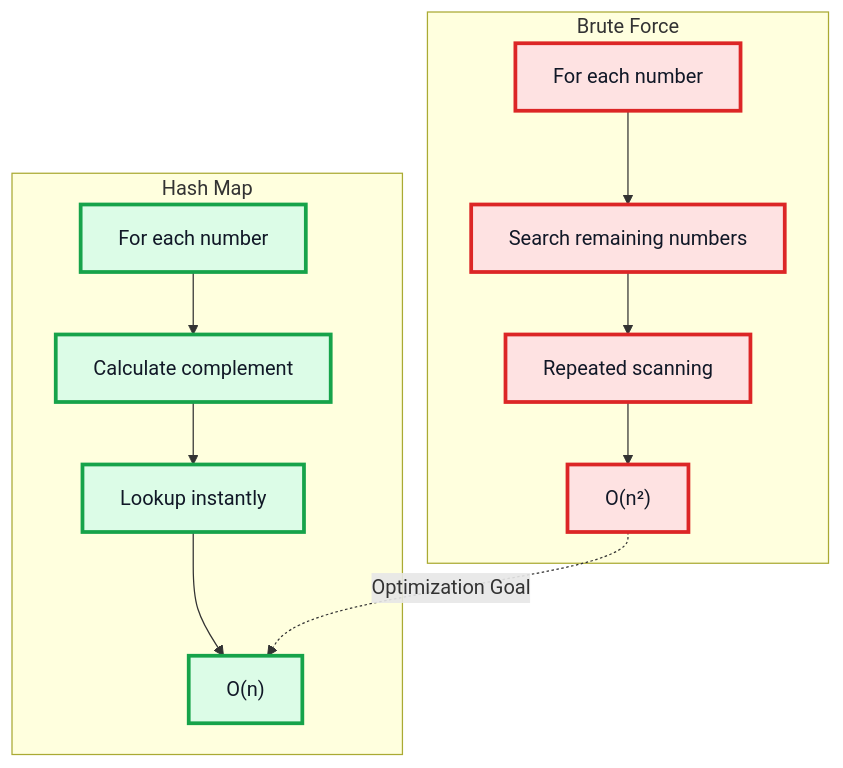
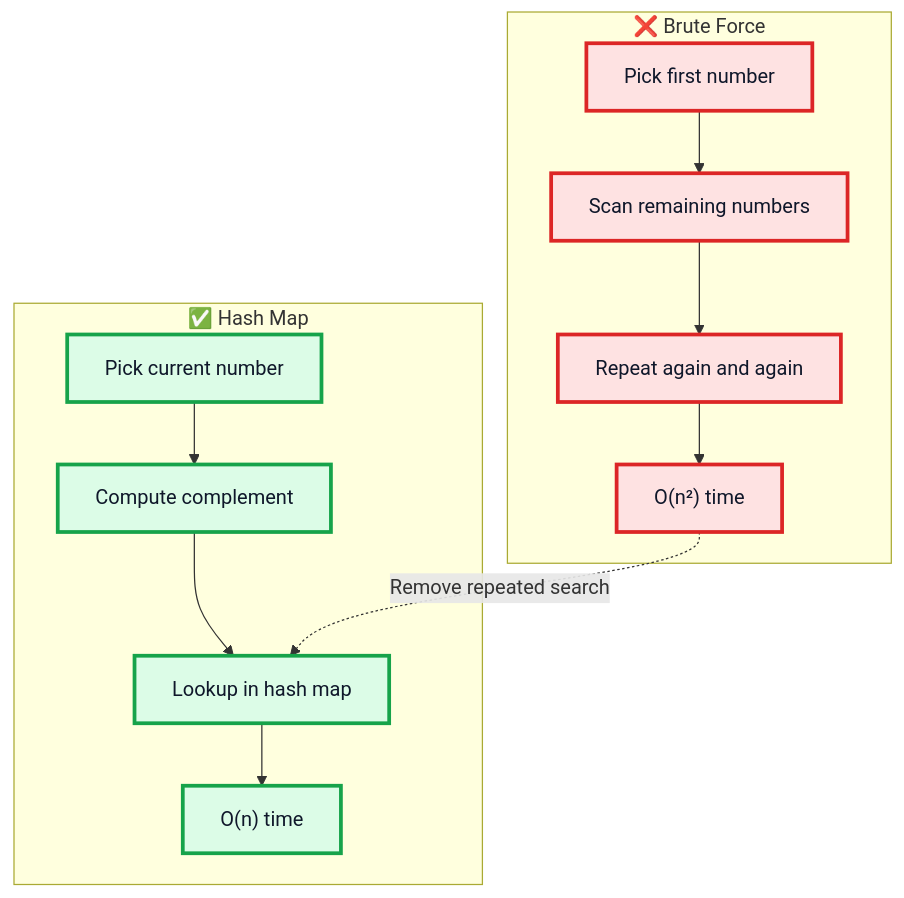
Before and after one commit to M-F-Tushar/LeetCode-Problem-Solving: the eighth of 9 diagrams in 01 - Two Sum/README.md, drawn with Mermaid. The commit also changed other lines of this file, not shown here.

````diff
--- a/01 - Two Sum/README.md
+++ b/01 - Two Sum/README.md
@@ -394,28 +422,27 @@
 ```mermaid
-flowchart TD
-    subgraph BruteForce["Brute Force"]
-        A["For each number"]
-        B["Search remaining numbers"]
-        C["Repeated scanning"]
-        D["O(n²)"]
+flowchart TB
+    subgraph Slow["❌ Brute Force"]
+        A1["Pick first number"]
+        A2["Scan remaining numbers"]
+        A3["Repeat again and again"]
+        A4["O(n²) time"]
     end
 
-    subgraph HashMap["Hash Map"]
-        E["For each number"]
-        F["Calculate complement"]
-        G["Lookup instantly"]
-        H["O(n)"]
+    subgraph Fast["✅ Hash Map"]
+        B1["Pick current number"]
+        B2["Compute complement"]
+        B3["Lookup in hash map"]
+        B4["O(n) time"]
     end
 
-    A --> B --> C --> D
-    E --> F --> G --> H
+    A1 --> A2 --> A3 --> A4
+    B1 --> B2 --> B3 --> B4
 
-    D -. "Optimization Goal" .-> H
+    A4 -. "Remove repeated search" .-> B3
 
-    classDef slow fill:#fee2e2,stroke:#dc2626,stroke-width:3px,color:#111827;
-    classDef fast fill:#dcfce7,stroke:#16a34a,stroke-width:3px,color:#111827;
-    classDef neutral fill:#e0f2fe,stroke:#0284c7,stroke-width:2px,color:#111827;
+    classDef slow fill:#fee2e2,stroke:#dc2626,stroke-width:3px,color:#0f172a;
+    classDef fast fill:#dcfce7,stroke:#16a34a,stroke-width:3px,color:#0f172a;
 
-    class A,B,C,D slow;
-    class E,F,G,H fast;
+    class A1,A2,A3,A4 slow;
+    class B1,B2,B3,B4 fast;
 ```
````
